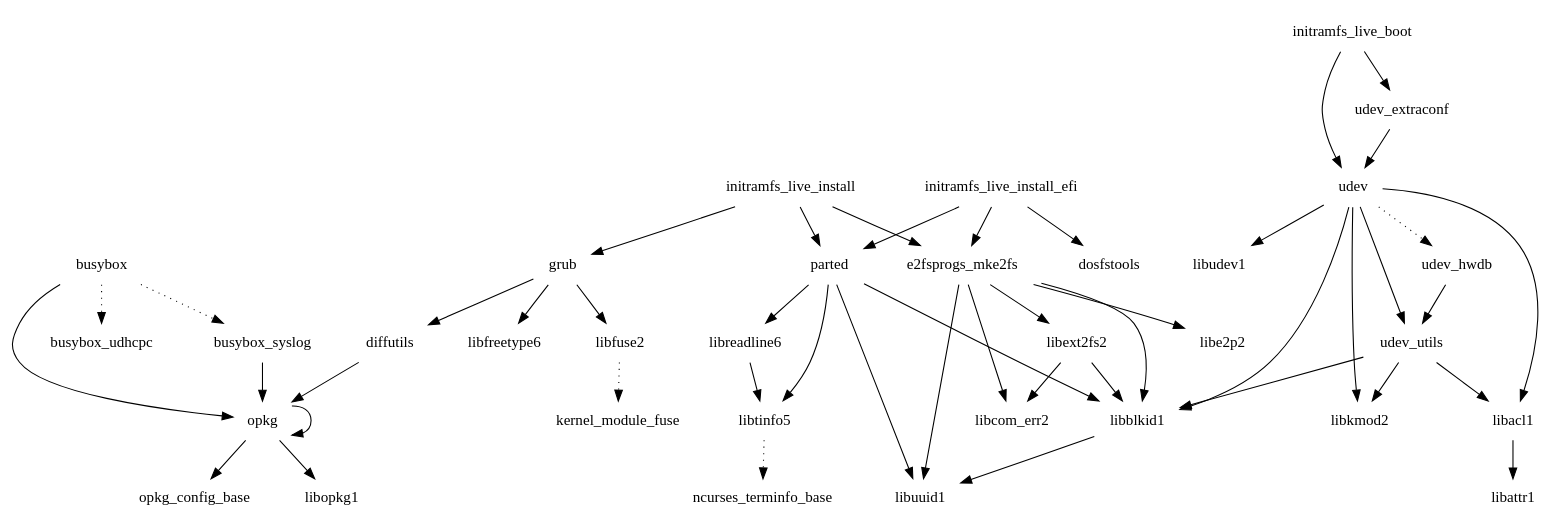
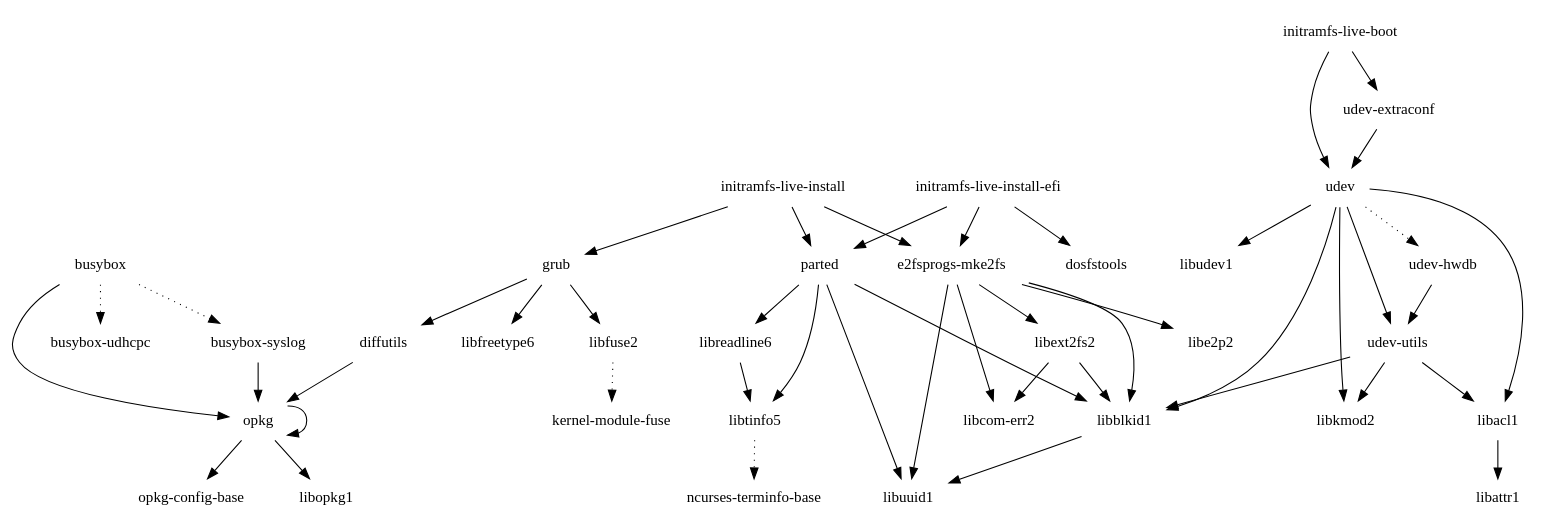
Before and after one commit to Angstrom-distribution/buildhistory: the diagram in images/minnow/eglibc/core-image-minimal-initramfs/depends-nokernel-nolibc-noupdate.dot, drawn with Graphviz. The commit also changed 15 other files, not shown here.

```diff
--- a/images/minnow/eglibc/core-image-minimal-initramfs/depends-nokernel-nolibc-noupdate.dot
+++ b/images/minnow/eglibc/core-image-minimal-initramfs/depends-nokernel-nolibc-noupdate.dot
@@ -1,49 +1,49 @@
 digraph depends {
     node [shape=plaintext]
-busybox -> busybox_syslog [style=dotted];
-busybox -> busybox_udhcpc [style=dotted];
-busybox -> opkg;
-busybox_syslog -> opkg;
-diffutils -> opkg;
-e2fsprogs_mke2fs -> libblkid1;
-e2fsprogs_mke2fs -> libcom_err2;
-e2fsprogs_mke2fs -> libe2p2;
-e2fsprogs_mke2fs -> libext2fs2;
-e2fsprogs_mke2fs -> libuuid1;
-grub -> diffutils;
-grub -> libfreetype6;
-grub -> libfuse2;
-initramfs_live_boot -> udev;
-initramfs_live_boot -> udev_extraconf;
-initramfs_live_install -> e2fsprogs_mke2fs;
-initramfs_live_install -> grub;
-initramfs_live_install -> parted;
-initramfs_live_install_efi -> dosfstools;
-initramfs_live_install_efi -> e2fsprogs_mke2fs;
-initramfs_live_install_efi -> parted;
-libacl1 -> libattr1;
-libblkid1 -> libuuid1;
-libext2fs2 -> libblkid1;
-libext2fs2 -> libcom_err2;
-libfuse2 -> kernel_module_fuse [style=dotted];
-libreadline6 -> libtinfo5;
-libtinfo5 -> ncurses_terminfo_base [style=dotted];
-opkg -> libopkg1;
-opkg -> opkg;
-opkg -> opkg_config_base;
-parted -> libblkid1;
-parted -> libreadline6;
-parted -> libtinfo5;
-parted -> libuuid1;
-udev -> libacl1;
-udev -> libblkid1;
-udev -> libkmod2;
-udev -> libudev1;
-udev -> udev_hwdb [style=dotted];
-udev -> udev_utils;
-udev_extraconf -> udev;
-udev_hwdb -> udev_utils;
-udev_utils -> libacl1;
-udev_utils -> libblkid1;
-udev_utils -> libkmod2;
+"busybox" -> "busybox-syslog" [style=dotted];
+"busybox" -> "busybox-udhcpc" [style=dotted];
+"busybox" -> "opkg";
+"busybox-syslog" -> "opkg";
+"diffutils" -> "opkg";
+"e2fsprogs-mke2fs" -> "libblkid1";
+"e2fsprogs-mke2fs" -> "libcom-err2";
+"e2fsprogs-mke2fs" -> "libe2p2";
+"e2fsprogs-mke2fs" -> "libext2fs2";
+"e2fsprogs-mke2fs" -> "libuuid1";
+"grub" -> "diffutils";
+"grub" -> "libfreetype6";
+"grub" -> "libfuse2";
+"initramfs-live-boot" -> "udev";
+"initramfs-live-boot" -> "udev-extraconf";
+"initramfs-live-install" -> "e2fsprogs-mke2fs";
+"initramfs-live-install" -> "grub";
+"initramfs-live-install" -> "parted";
+"initramfs-live-install-efi" -> "dosfstools";
+"initramfs-live-install-efi" -> "e2fsprogs-mke2fs";
+"initramfs-live-install-efi" -> "parted";
+"libacl1" -> "libattr1";
+"libblkid1" -> "libuuid1";
+"libext2fs2" -> "libblkid1";
+"libext2fs2" -> "libcom-err2";
+"libfuse2" -> "kernel-module-fuse" [style=dotted];
+"libreadline6" -> "libtinfo5";
+"libtinfo5" -> "ncurses-terminfo-base" [style=dotted];
+"opkg" -> "libopkg1";
+"opkg" -> "opkg";
+"opkg" -> "opkg-config-base";
+"parted" -> "libblkid1";
+"parted" -> "libreadline6";
+"parted" -> "libtinfo5";
+"parted" -> "libuuid1";
+"udev" -> "libacl1";
+"udev" -> "libblkid1";
+"udev" -> "libkmod2";
+"udev" -> "libudev1";
+"udev" -> "udev-hwdb" [style=dotted];
+"udev" -> "udev-utils";
+"udev-extraconf" -> "udev";
+"udev-hwdb" -> "udev-utils";
+"udev-utils" -> "libacl1";
+"udev-utils" -> "libblkid1";
+"udev-utils" -> "libkmod2";
 }
```
